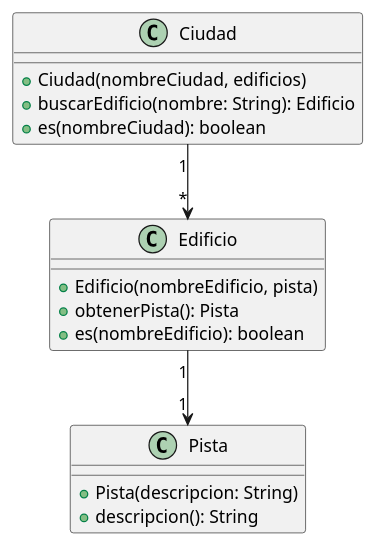
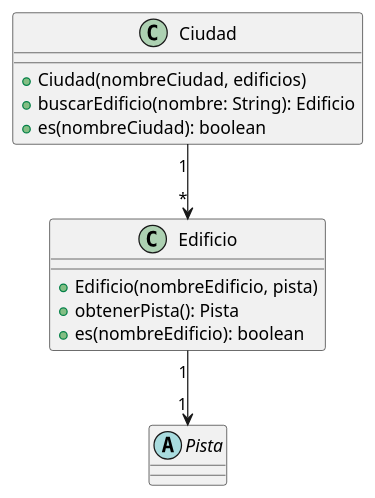
Before and after one commit to MegaRedHand/algo-thief: the diagram in diagrams/classes/clase_ciudad.plantuml, drawn with PlantUML. The commit also changed 7 other files, not shown here.

Commit message:
docs: agrego diagrama clase_pista

```diff
--- a/diagrams/classes/clase_ciudad.plantuml
+++ b/diagrams/classes/clase_ciudad.plantuml
@@ -1,23 +1,20 @@
 @startuml
 
 class Ciudad {
     + Ciudad(nombreCiudad, edificios)
     + buscarEdificio(nombre: String): Edificio
     + es(nombreCiudad): boolean
 }
 
 class Edificio {
     + Edificio(nombreEdificio, pista)
     + obtenerPista(): Pista
     + es(nombreEdificio): boolean
 }
 
-class Pista {
-    + Pista(descripcion: String)
-    + descripcion(): String
-}
+abstract class Pista
 
 Ciudad "1" --> "*" Edificio
 Edificio "1" --> "1" Pista
 
 @enduml
```
